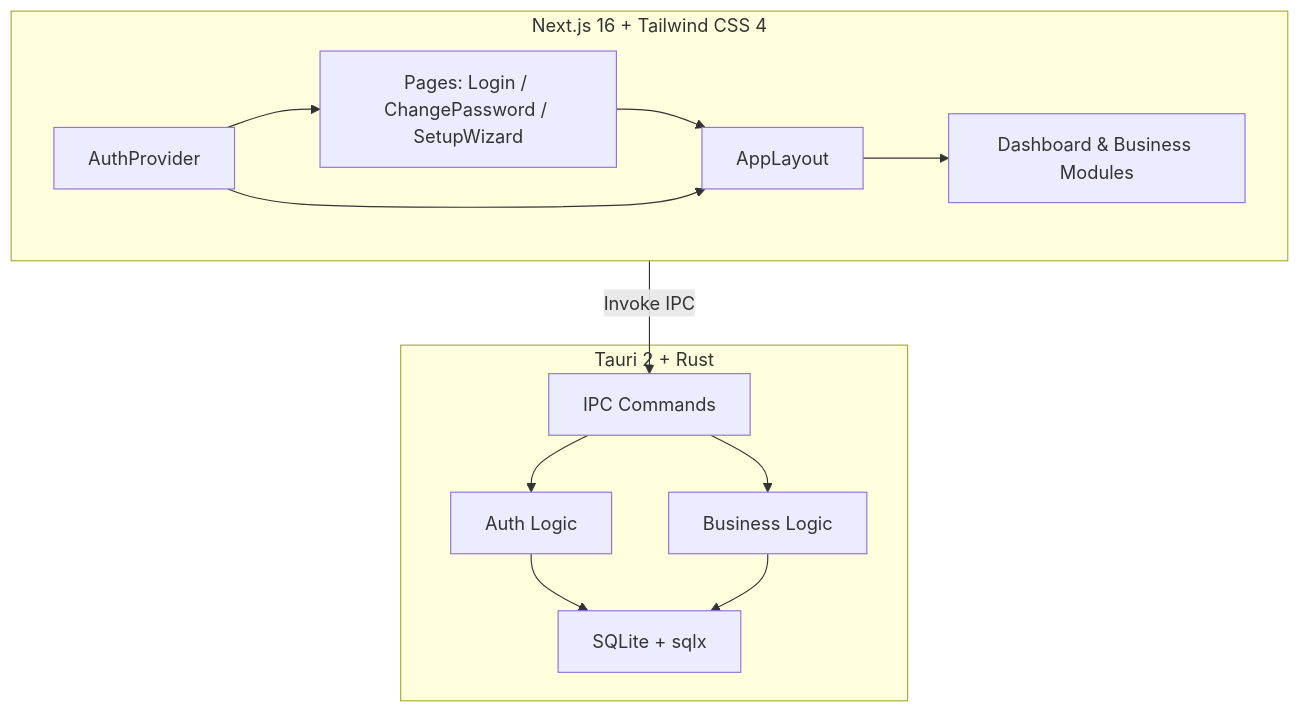
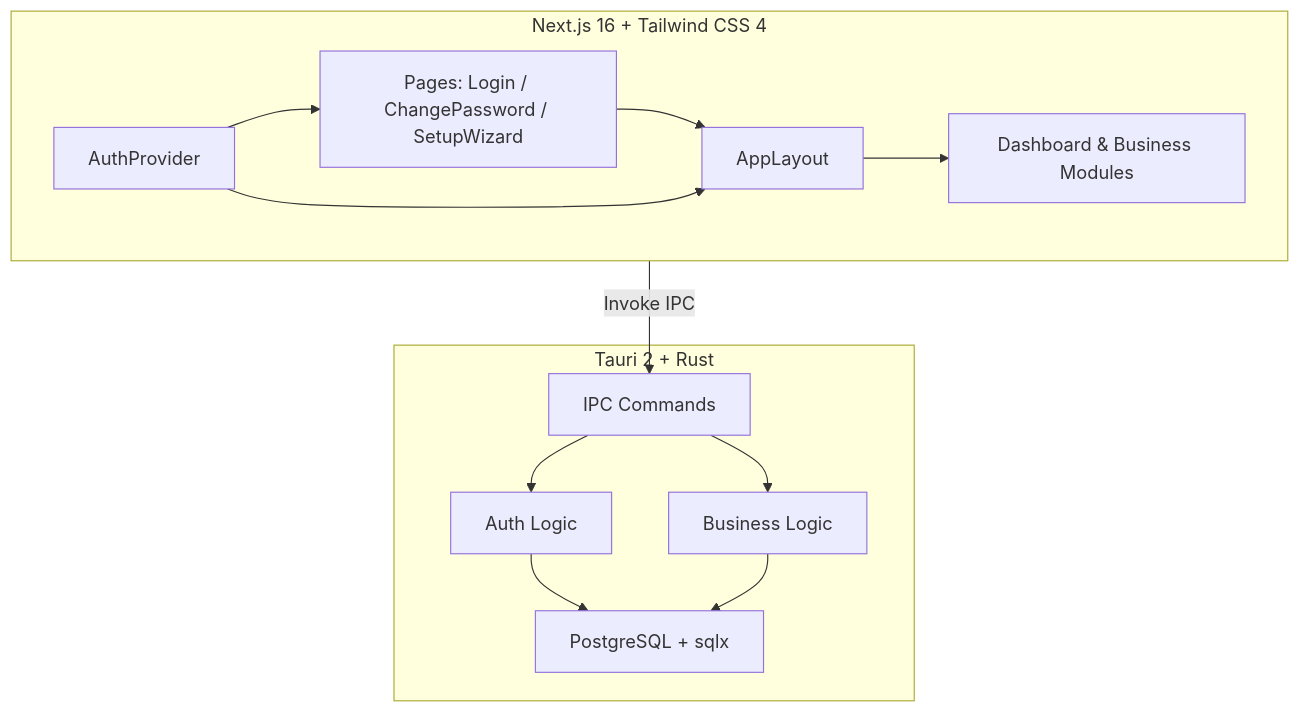
Before and after one commit to kurisu994/CloudPivot: the first of 2 diagrams in README.md, drawn with Mermaid. The commit also changed other lines of this file and 1 other file, not shown here.

First line of the commit message:
docs: Update project documentation for PostgreSQL migration and feature completion

````diff
--- a/README.md
+++ b/README.md
@@ -55,18 +55,18 @@
 ```mermaid
 graph TD
     subgraph Frontend [Next.js 16 + Tailwind CSS 4]
         A[Pages: Login / ChangePassword / SetupWizard] --> B[AppLayout]
         B --> C[Dashboard & Business Modules]
         D[AuthProvider] --> A
         D --> B
     end
 
     subgraph Backend [Tauri 2 + Rust]
         E[IPC Commands] --> F[Auth Logic]
         E --> G[Business Logic]
-        F --> H[SQLite + sqlx]
+        F --> H[PostgreSQL + sqlx]
         G --> H
     end
 
     Frontend -- Invoke IPC --> E
 ```
````
